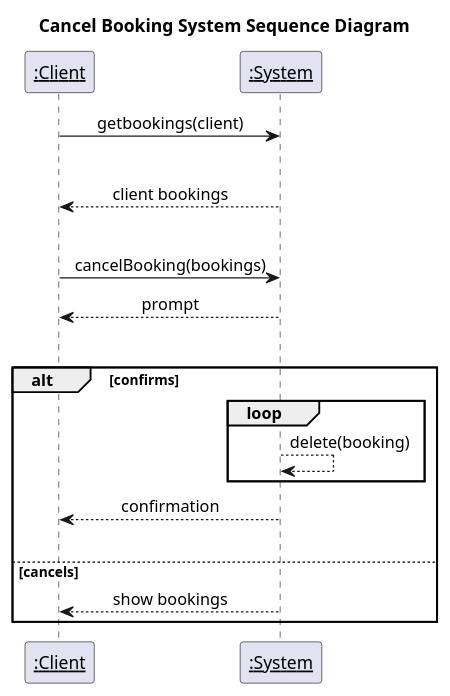
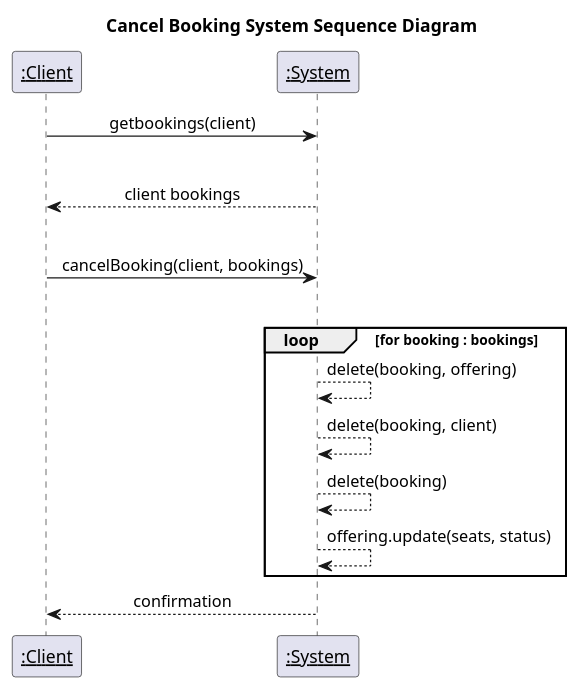
Before and after one commit to PrinceOfNothingg/Lesson-Booking-Management-System: the third of 3 diagrams in deliverables/2024-11-01/booking-system-sequence-diagram.md, drawn with PlantUML. The commit also changed other lines of this file and 29 other files, not shown here.

````diff
--- a/deliverables/2024-11-01/booking-system-sequence-diagram.md
+++ b/deliverables/2024-11-01/booking-system-sequence-diagram.md
@@ -89,27 +77,25 @@
 ``` plantuml
 @startuml
 participant "__:Client__" as actor
 participant "__:System__" as system
 
 title Cancel Booking System Sequence Diagram
 skinparam sequenceMessageAlign center
 
 actor -> system : getbookings(client)
 |||
 system --> actor : client bookings
 |||
-actor -> system : cancelBooking(bookings)
-system --> actor : prompt
+actor -> system : cancelBooking(client, bookings)
 |||
-alt confirms
-loop 
+loop for booking : bookings
+system --> system : delete(booking, offering)
+system --> system : delete(booking, client)
 system --> system : delete(booking)
+system --> system : offering.update(seats, status)
+
 end
 system --> actor : confirmation
-|||
-else cancels
-system --> actor : show bookings
 
-end
 @enduml
 ```
````
